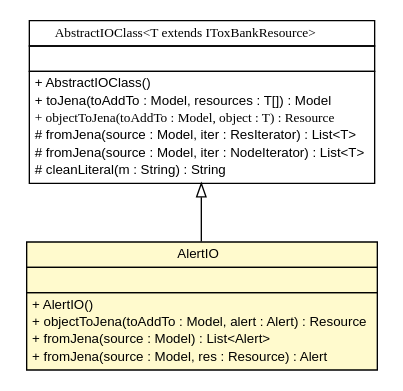
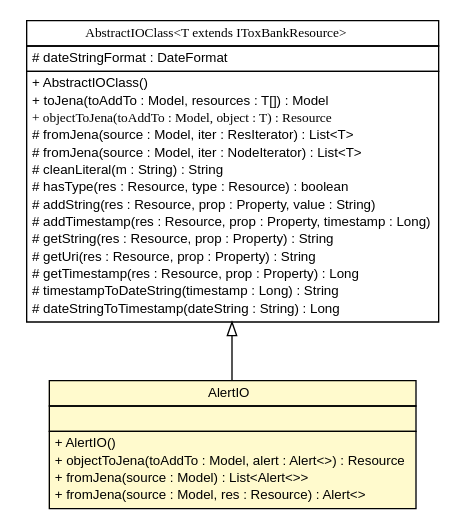
One commit to ToxBank/toxbank-api-beans changed the diagram in apidocs/net/toxbank/client/io/rdf/AlertIO.dot. Above: the diagram before and after it, drawn with Graphviz. The commit also changed 536 other files, not shown here.

```diff
--- a/apidocs/net/toxbank/client/io/rdf/AlertIO.dot
+++ b/apidocs/net/toxbank/client/io/rdf/AlertIO.dot
@@ -1,44 +1,52 @@
 #!/usr/local/bin/dot
 #
 # Class diagram 
 # Generated by UmlGraph version 4.6 (http://www.spinellis.gr/sw/umlgraph)
 #
 
 digraph G {
 	edge [fontname="arial",fontsize=10,labelfontname="arial",labelfontsize=10];
 	node [fontname="arial",fontsize=10,shape=plaintext];
 	// net.toxbank.client.io.rdf.AlertIO
-	c589 [label=<<table border="0" cellborder="1" cellspacing="0" cellpadding="2" port="p" bgcolor="lemonChiffon" href="./AlertIO.html">
+	c694 [label=<<table border="0" cellborder="1" cellspacing="0" cellpadding="2" port="p" bgcolor="lemonChiffon" href="./AlertIO.html">
 		<tr><td><table border="0" cellspacing="0" cellpadding="1">
 			<tr><td> AlertIO </td></tr>
 		</table></td></tr>
 		<tr><td><table border="0" cellspacing="0" cellpadding="1">
 			<tr><td align="left">  </td></tr>
 		</table></td></tr>
 		<tr><td><table border="0" cellspacing="0" cellpadding="1">
 			<tr><td align="left"> + AlertIO() </td></tr>
-			<tr><td align="left"> + objectToJena(toAddTo : Model, alert : Alert) : Resource </td></tr>
-			<tr><td align="left"> + fromJena(source : Model) : List&lt;Alert&gt; </td></tr>
-			<tr><td align="left"> + fromJena(source : Model, res : Resource) : Alert </td></tr>
+			<tr><td align="left"> + objectToJena(toAddTo : Model, alert : Alert&lt;&gt;) : Resource </td></tr>
+			<tr><td align="left"> + fromJena(source : Model) : List&lt;Alert&lt;&gt;&gt; </td></tr>
+			<tr><td align="left"> + fromJena(source : Model, res : Resource) : Alert&lt;&gt; </td></tr>
 		</table></td></tr>
 		</table>>, fontname="arial", fontcolor="black", fontsize=10.0];
 	// net.toxbank.client.io.rdf.AbstractIOClass<T extends net.toxbank.client.resource.IToxBankResource>
-	c591 [label=<<table border="0" cellborder="1" cellspacing="0" cellpadding="2" port="p" href="./AbstractIOClass.html">
+	c696 [label=<<table border="0" cellborder="1" cellspacing="0" cellpadding="2" port="p" href="./AbstractIOClass.html">
 		<tr><td><table border="0" cellspacing="0" cellpadding="1">
 			<tr><td><font face="ariali"> AbstractIOClass&lt;T extends IToxBankResource&gt; </font></td></tr>
 		</table></td></tr>
 		<tr><td><table border="0" cellspacing="0" cellpadding="1">
-			<tr><td align="left">  </td></tr>
+			<tr><td align="left"> # dateStringFormat : DateFormat </td></tr>
 		</table></td></tr>
 		<tr><td><table border="0" cellspacing="0" cellpadding="1">
 			<tr><td align="left"> + AbstractIOClass() </td></tr>
 			<tr><td align="left"> + toJena(toAddTo : Model, resources : T[]) : Model </td></tr>
 			<tr><td align="left"><font face="ariali" point-size="10.0"> + objectToJena(toAddTo : Model, object : T) : Resource </font></td></tr>
 			<tr><td align="left"> # fromJena(source : Model, iter : ResIterator) : List&lt;T&gt; </td></tr>
 			<tr><td align="left"> # fromJena(source : Model, iter : NodeIterator) : List&lt;T&gt; </td></tr>
 			<tr><td align="left"> # cleanLiteral(m : String) : String </td></tr>
+			<tr><td align="left"> # hasType(res : Resource, type : Resource) : boolean </td></tr>
+			<tr><td align="left"> # addString(res : Resource, prop : Property, value : String) </td></tr>
+			<tr><td align="left"> # addTimestamp(res : Resource, prop : Property, timestamp : Long) </td></tr>
+			<tr><td align="left"> # getString(res : Resource, prop : Property) : String </td></tr>
+			<tr><td align="left"> # getUri(res : Resource, prop : Property) : String </td></tr>
+			<tr><td align="left"> # getTimestamp(res : Resource, prop : Property) : Long </td></tr>
+			<tr><td align="left"> # timestampToDateString(timestamp : Long) : String </td></tr>
+			<tr><td align="left"> # dateStringToTimestamp(dateString : String) : Long </td></tr>
 		</table></td></tr>
 		</table>>, fontname="arial", fontcolor="black", fontsize=10.0];
 	//net.toxbank.client.io.rdf.AlertIO extends net.toxbank.client.io.rdf.AbstractIOClass<net.toxbank.client.resource.Alert>
-	c591:p -> c589:p [dir=back,arrowtail=empty];
+	c696:p -> c694:p [dir=back,arrowtail=empty];
 }
```
